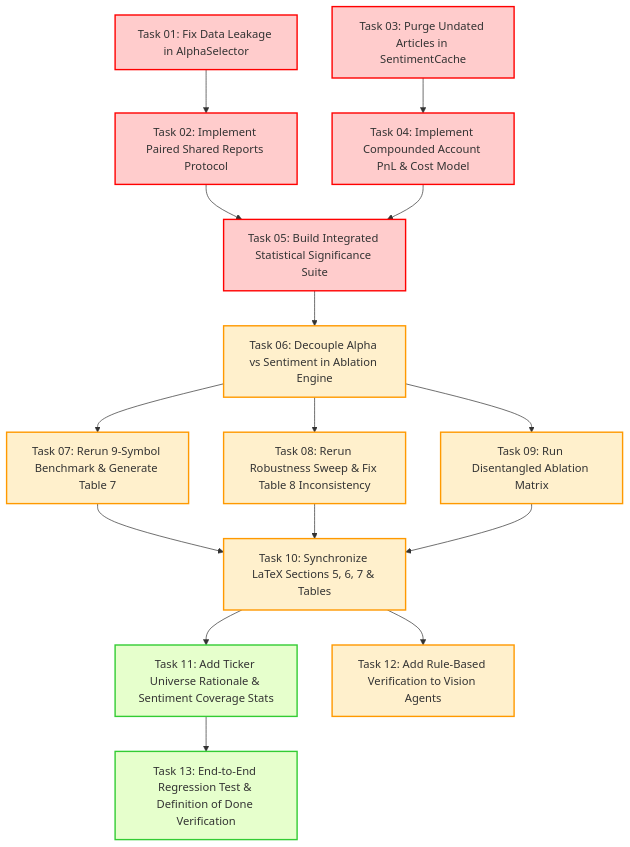
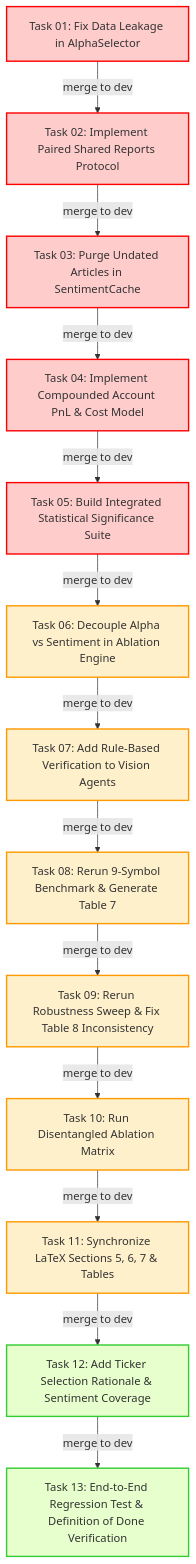
The diagram in plan/FINAL_COMPLETION_PLAN.md (DungPhanHoangg05/A-Multi-Agent-Large-Language-Model-Approach-to-Price-Driven-Stock-Trading-in-the-Vietnamese-Stock-Ma), drawn with Mermaid before and after one commit. The commit also changed other lines of this file and 1 other file, not shown here.

Commit message:
docs: update plan and create AGENTS.md

````diff
--- a/plan/FINAL_COMPLETION_PLAN.md
+++ b/plan/FINAL_COMPLETION_PLAN.md
@@ -89,24 +92,19 @@
 ```mermaid
 graph TD
     classDef p0 fill:#ffcccc,stroke:#ff0000,stroke-width:2px;
     classDef p1 fill:#fff0cc,stroke:#ff9900,stroke-width:2px;
     classDef p2 fill:#e6ffcc,stroke:#33cc33,stroke-width:2px;
 
-    T01[Task 01: Fix Data Leakage in AlphaSelector]:::p0 --> T02[Task 02: Implement Paired Shared Reports Protocol]:::p0
-    T03[Task 03: Purge Undated Articles in SentimentCache]:::p0 --> T04[Task 04: Implement Compounded Account PnL & Cost Model]:::p0
-    T02 --> T05[Task 05: Build Integrated Statistical Significance Suite]:::p0
-    T04 --> T05
-    
-    T05 --> T06[Task 06: Decouple Alpha vs Sentiment in Ablation Engine]:::p1
-    T06 --> T07[Task 07: Rerun 9-Symbol Benchmark & Generate Table 7]:::p1
-    T06 --> T08[Task 08: Rerun Robustness Sweep & Fix Table 8 Inconsistency]:::p1
-    T06 --> T09[Task 09: Run Disentangled Ablation Matrix]:::p1
-    
-    T07 --> T10[Task 10: Synchronize LaTeX Sections 5, 6, 7 & Tables]:::p1
-    T08 --> T10
-    T09 --> T10
-    
-    T10 --> T11[Task 11: Add Ticker Universe Rationale & Sentiment Coverage Stats]:::p2
-    T10 --> T12[Task 12: Add Rule-Based Verification to Vision Agents]:::p1
-    T11 --> T13[Task 13: End-to-End Regression Test & Definition of Done Verification]:::p2
+    T01[Task 01: Fix Data Leakage in AlphaSelector]:::p0 -->|merge to dev| T02[Task 02: Implement Paired Shared Reports Protocol]:::p0
+    T02 -->|merge to dev| T03[Task 03: Purge Undated Articles in SentimentCache]:::p0
+    T03 -->|merge to dev| T04[Task 04: Implement Compounded Account PnL & Cost Model]:::p0
+    T04 -->|merge to dev| T05[Task 05: Build Integrated Statistical Significance Suite]:::p0
+    T05 -->|merge to dev| T06[Task 06: Decouple Alpha vs Sentiment in Ablation Engine]:::p1
+    T06 -->|merge to dev| T07[Task 07: Add Rule-Based Verification to Vision Agents]:::p1
+    T07 -->|merge to dev| T08[Task 08: Rerun 9-Symbol Benchmark & Generate Table 7]:::p1
+    T08 -->|merge to dev| T09[Task 09: Rerun Robustness Sweep & Fix Table 8 Inconsistency]:::p1
+    T09 -->|merge to dev| T10[Task 10: Run Disentangled Ablation Matrix]:::p1
+    T10 -->|merge to dev| T11[Task 11: Synchronize LaTeX Sections 5, 6, 7 & Tables]:::p1
+    T11 -->|merge to dev| T12[Task 12: Add Ticker Selection Rationale & Sentiment Coverage]:::p2
+    T12 -->|merge to dev| T13[Task 13: End-to-End Regression Test & Definition of Done Verification]:::p2
 ```
````
